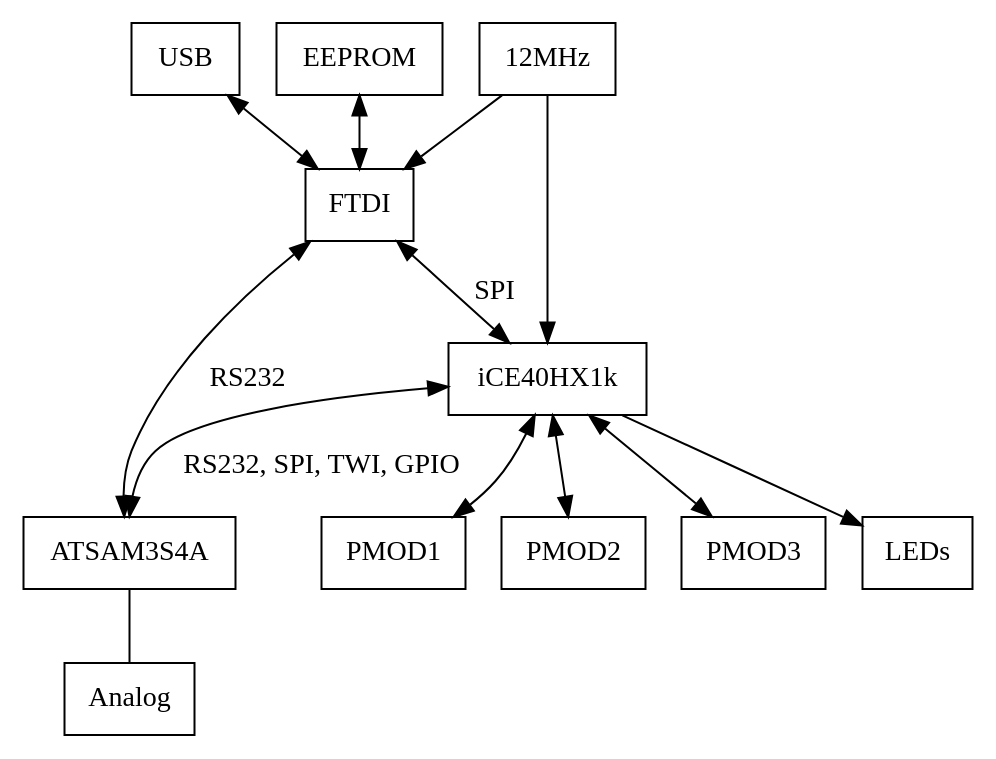
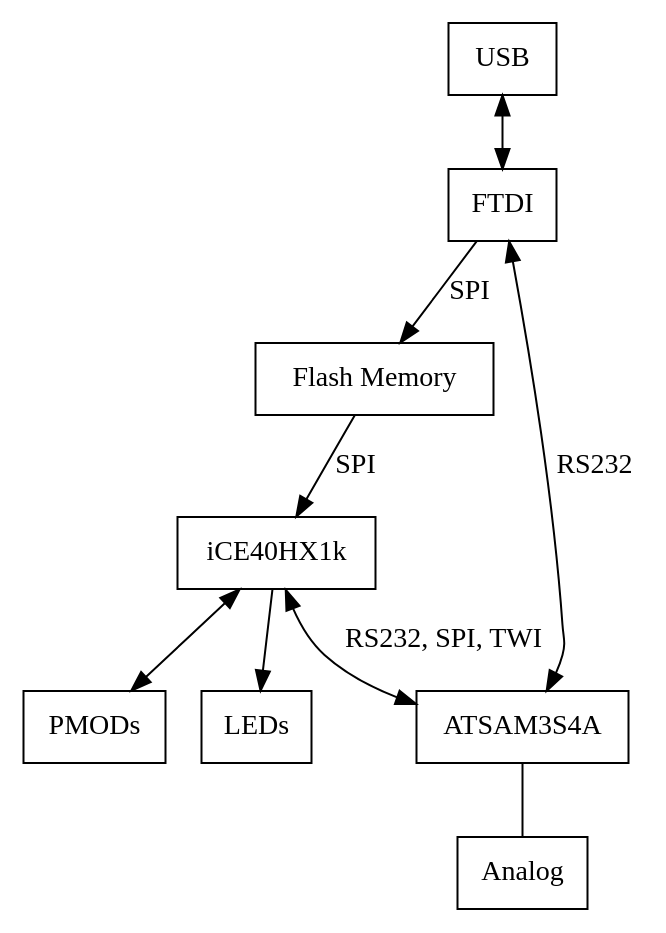
One commit to boxyoman/tinz changed the diagram in block/tinz-block-design.dot. Above: the diagram before and after it, drawn with Graphviz. The commit also changed 1 other file, not shown here.

Commit message:
Updated Block Diagram.

```diff
--- a/block/tinz-block-design.dot
+++ b/block/tinz-block-design.dot
@@ -1,37 +1,22 @@
 /* Block design of the TINZ Eval Board. */
 /* To view it, install Graphviz and run the command:
    dot -T png -O tinz-block-design.dot */
 
 strict digraph G {
 	USB [shape=box]
-	// Regulator [shape=box,label="Voltage Regulator"]
 	USB_Controller [shape=box,label="FTDI"]
-	EEPROM [shape=box]
-	Oscillator [shape=box, label="12MHz"]
+	Flash [shape=box, label="Flash Memory"]
 	iCE  [shape=box, size="5,6",label="iCE40HX1k"]
 	MCU [shape=box,label="ATSAM3S4A"]
-	PMOD1 [shape=box]
-	PMOD2 [shape=box]
-	PMOD3 [shape=box]
+	PMODs [shape=box]
 	LEDs [shape=box]
 	Analog [shape=box]
-	// USB -> Regulator [label="5V", arrowhead=none]
 	USB -> USB_Controller [dir=both]
-	// Regulator -> EEPROM [label="3.3V", arrowhead=none]
-	// Regulator -> USB_Controller [label="3.3V", arrowhead=none]
-	// Regulator -> Oscillator [label="3.3V", arrowhead=none]
-	// Regulator -> iCE [label="3.3V", arrowhead=none]
-	// Regulator -> iCE [label="1.2V", arrowhead=none]
-	// Regulator -> MCU [label="3.3V", arrowhead=none]
-	EEPROM -> USB_Controller [dir=both]
-	Oscillator -> USB_Controller
-	Oscillator -> iCE
-	USB_Controller -> iCE [label="SPI",dir=both]
+	USB_Controller -> Flash[label="SPI"]
+  Flash -> iCE [label="SPI"]
 	USB_Controller -> MCU [label="RS232",dir=both]
-  iCE -> MCU [dir=both, label="RS232, SPI, TWI, GPIO"]
-	iCE -> PMOD1 [dir=both]
-	iCE -> PMOD2 [dir=both]
-	iCE -> PMOD3 [dir=both]
+  iCE -> MCU [dir=both, label="RS232, SPI, TWI"]
+	iCE -> PMODs [dir=both]
 	iCE -> LEDs
 	MCU -> Analog [arrowhead=none]
 }
```
